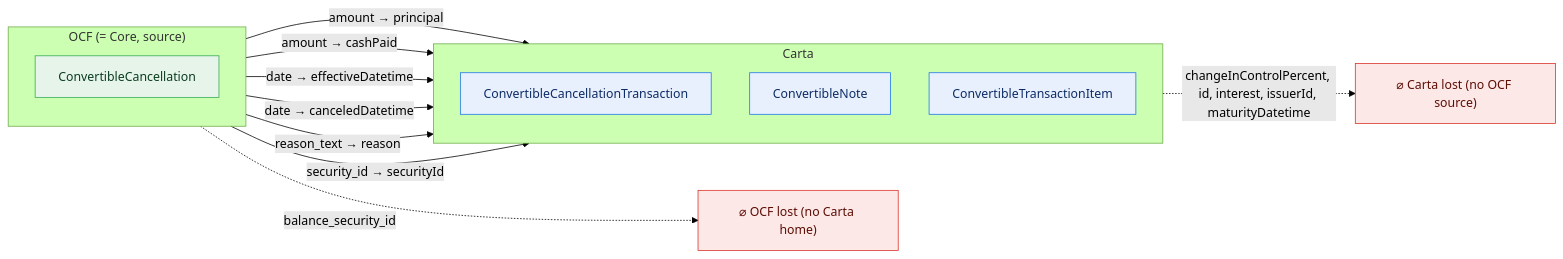
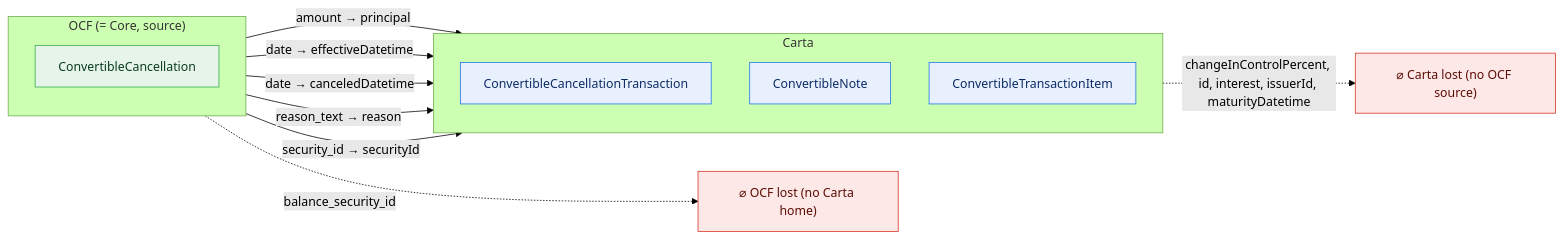
One commit to Open-Cap-Table-Coalition/OCF-Composed-Schemas changed diagram 21 of 51 in docs/core-bidirectional-flow.md. Above: the diagram before and after it, drawn with Mermaid (forest theme). The commit also changed other lines of this file and 12 other files, not shown here.

````diff
--- a/docs/core-bidirectional-flow.md
+++ b/docs/core-bidirectional-flow.md
@@ -857,27 +901,26 @@
 ```mermaid
 flowchart LR
   classDef adm fill:#e6f4ea,stroke:#34a853,color:#0b3d20;
   classDef notadm fill:#f1f3f4,stroke:#9aa0a6,color:#5f6368,stroke-dasharray:4 3;
   classDef carta fill:#e8f0fe,stroke:#1a73e8,color:#0d2b66;
   classDef lost fill:#fce8e6,stroke:#d93025,color:#5c0d06;
   subgraph SRC["OCF (= Core, source)"]
     direction TB
     o0["ConvertibleCancellation"]:::adm
   end
   subgraph TGT["Carta"]
     direction TB
     t0["ConvertibleCancellationTransaction"]:::carta
     t1["ConvertibleNote"]:::carta
     t2["ConvertibleTransactionItem"]:::carta
   end
   ocflost["⌀ OCF lost (no Carta home)"]:::lost
   cartalost["⌀ Carta lost (no OCF source)"]:::lost
   o0 -->|"amount → principal"| t0
-  o0 -->|"amount → cashPaid"| t1
   o0 -->|"date → effectiveDatetime"| t0
   o0 -->|"date → canceledDatetime"| t1
   o0 -->|"reason_text → reason"| t0
   o0 -->|"security_id → securityId"| t2
   o0 -.->|"balance_security_id"| ocflost
   t1 -.->|"changeInControlPercent, id, interest, issuerId, maturityDatetime"| cartalost
 ```
````
